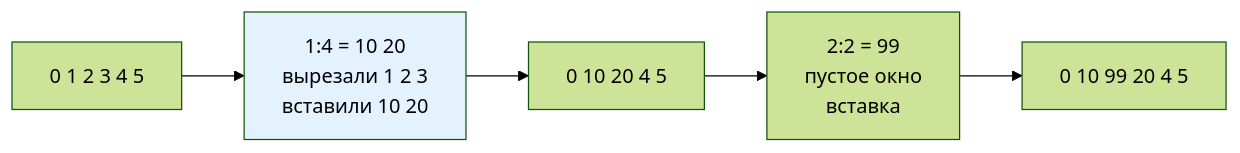
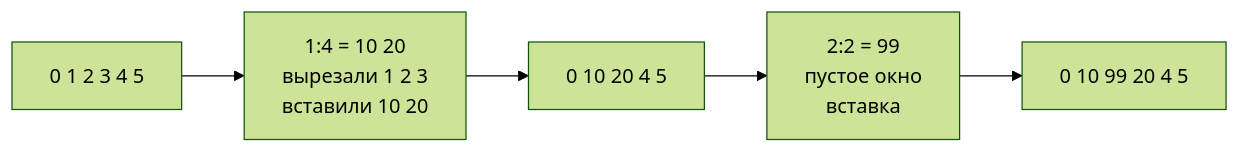
Before and after one commit to JayStorm228/College: the third of 3 diagrams in 02_Курсы/01. Инженерные практики Python/01_Лекции/05. Срезы и объект slice.md, drawn with Mermaid (forest theme). The commit also changed other lines of this file and 30 other files, not shown here.

First line of the commit message:
переименование NumPy лекций под академические заголовки + стандартные диаграммы

````diff
--- a/02_Курсы/01. Инженерные практики Python/01_Лекции/05. Срезы и объект slice.md
+++ b/02_Курсы/01. Инженерные практики Python/01_Лекции/05. Срезы и объект slice.md
@@ -129,8 +125,7 @@
 ```mermaid
 flowchart LR
   A[0 1 2 3 4 5] --> B[1:4 = 10 20<br>вырезали 1 2 3<br>вставили 10 20]
   B --> C[0 10 20 4 5]
   C --> D[2:2 = 99<br>пустое окно<br>вставка]
   D --> E[0 10 99 20 4 5]
-  style B fill:#e3f2fd
 ```
````
